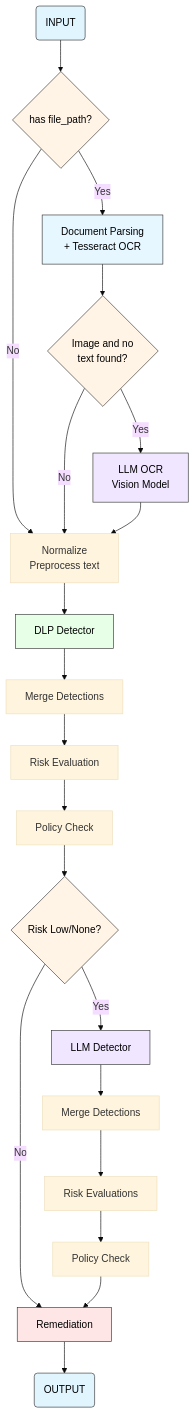
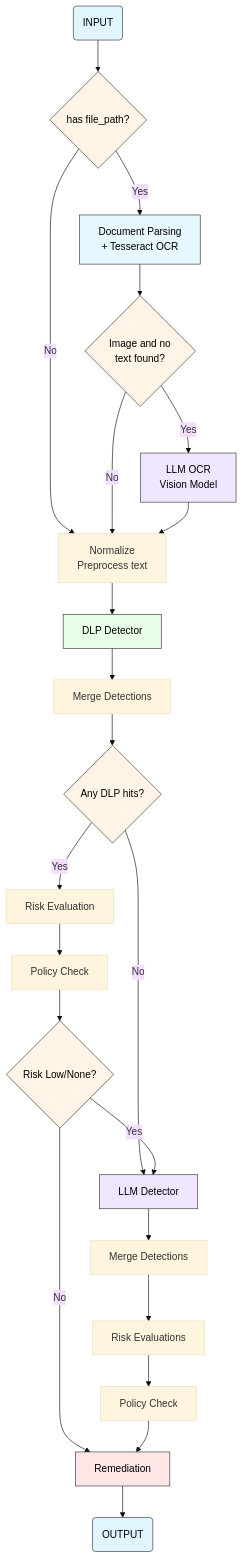
The diagram in multiagent-firewall/README.md (xHugo21/sensitive-data-detector), drawn with Mermaid (base theme) before and after one commit. The commit also changed 2 other files, not shown here.

Commit message:
feat: skip risk and policy dlp nodes if no fields found

````diff
--- a/multiagent-firewall/README.md
+++ b/multiagent-firewall/README.md
@@ -9,43 +9,46 @@
 ```mermaid
 flowchart TD
     Start(INPUT) --> HasFile{has file_path?}
     
     HasFile -->|Yes| Document[Document Parsing<br/>+ Tesseract OCR]
     HasFile -->|No| Normalize[Normalize<br/>Preprocess text]
     
     Document --> NeedsLLMOCR{Image and no<br/>text found?}
     NeedsLLMOCR -->|Yes| LLMOCR[LLM OCR<br/>Vision Model]
     NeedsLLMOCR -->|No| Normalize
     
     LLMOCR --> Normalize
     Normalize --> DLP[DLP Detector]
     
     DLP --> MergeDLP[Merge Detections]
-    MergeDLP --> RiskDLP[Risk Evaluation]
+    MergeDLP --> HasDLP{Any DLP hits?}
+    HasDLP -->|Yes| RiskDLP[Risk Evaluation]
+    HasDLP -->|No| LLM[LLM Detector]
     RiskDLP --> PolicyDLP[Policy Check]
     
     PolicyDLP --> LowRisk{Risk Low/None?}
     
-    LowRisk -->|Yes| LLM[LLM Detector]
+    LowRisk -->|Yes| LLM
     LowRisk -->|No| Remediation[Remediation]
     
     LLM --> MergeFinal[Merge Detections]
     MergeFinal --> RiskFinal[Risk Evaluations]
     RiskFinal --> PolicyFinal[Policy Check]
     
     PolicyFinal --> Remediation
     
     Remediation --> End(OUTPUT)
     
     style Start fill:#e1f5ff,stroke:#333,color:#000
     style End fill:#e1f5ff,stroke:#333,color:#000
     style HasFile fill:#fff4e6,stroke:#333,color:#000
     style NeedsLLMOCR fill:#fff4e6,stroke:#333,color:#000
+    style HasDLP fill:#fff4e6,stroke:#333,color:#000
     style LowRisk fill:#fff4e6,stroke:#333,color:#000
     style Document fill:#e6f7ff,stroke:#333,color:#000
     style LLMOCR fill:#f0e6ff,stroke:#333,color:#000
     style LLM fill:#f0e6ff,stroke:#333,color:#000
     style DLP fill:#e6ffe6,stroke:#333,color:#000
     style Remediation fill:#ffe6e6,stroke:#333,color:#000
 
 ```
````
